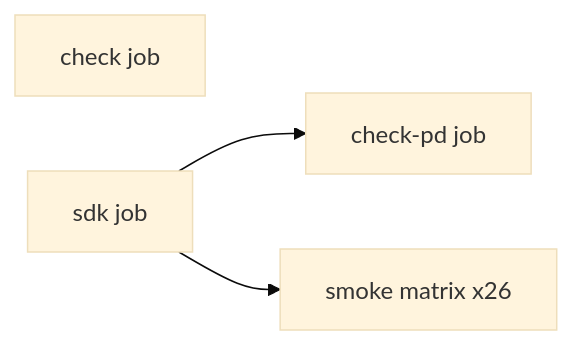
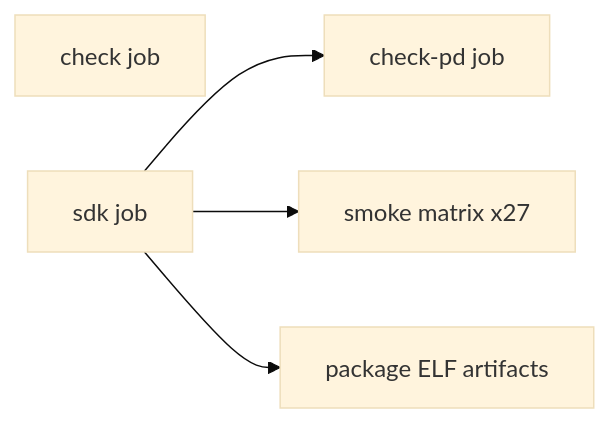
One commit to julerex/lerux changed the diagram in docs/ci.md. Above: the diagram before and after it, drawn with Mermaid (base theme). The commit also changed other lines of this file and 35 other files, not shown here.

````diff
--- a/docs/ci.md
+++ b/docs/ci.md
@@ -12,9 +13,11 @@
 ```mermaid
 flowchart LR
   check[check job]
   sdk[sdk job]
   checkPd[check-pd job]
-  smoke[smoke matrix x26]
+  smoke[smoke matrix x27]
+  package[package ELF artifacts]
   sdk --> checkPd
   sdk --> smoke
+  sdk --> package
 ```
````
